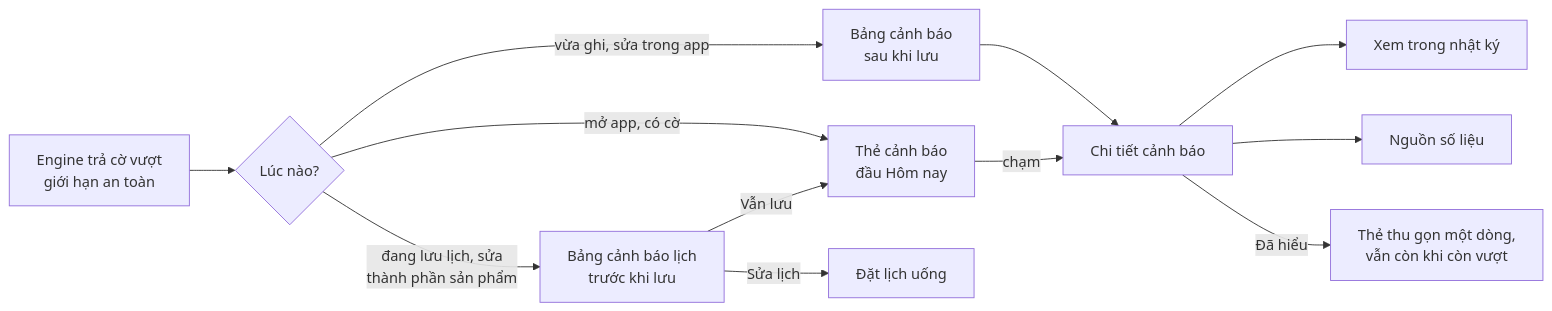
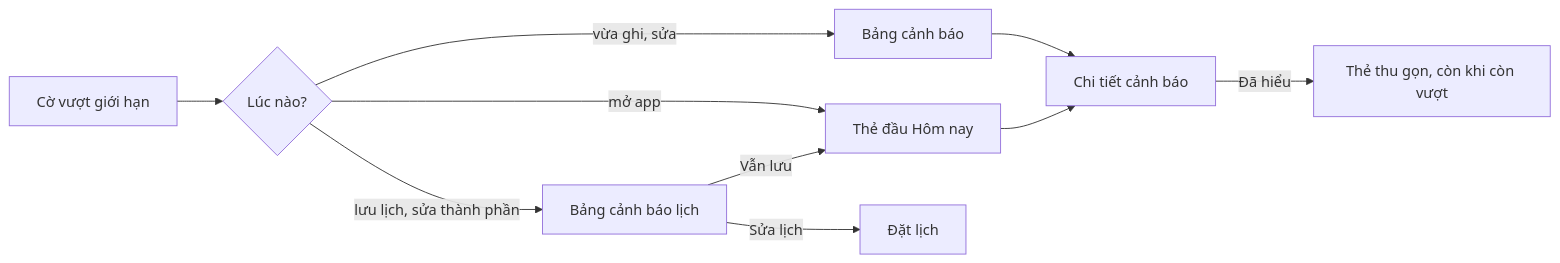
The fifth of 5 diagrams in docs/design/mvp-overview.md (anhdt9/wholewell-app), drawn with Mermaid before and after one commit. The commit also changed other lines of this file and 2 other files, not shown here.

First line of the commit message:
Tinh gọn plan, thiết kế tổng thể, status; bỏ trùng lặp giữa các tệp

````diff
--- a/docs/design/mvp-overview.md
+++ b/docs/design/mvp-overview.md
@@ -169,14 +132,12 @@
 ```mermaid
 flowchart LR
-  E[Engine trả cờ vượt<br/>giới hạn an toàn] --> A{Lúc nào?}
-  A -->|vừa ghi, sửa trong app| S[Bảng cảnh báo<br/>sau khi lưu]
-  A -->|đang lưu lịch, sửa<br/>thành phần sản phẩm| SL[Bảng cảnh báo lịch<br/>trước khi lưu]
-  A -->|mở app, có cờ| C[Thẻ cảnh báo<br/>đầu Hôm nay]
-  SL -->|Sửa lịch| DL[Đặt lịch uống]
+  E[Cờ vượt giới hạn] --> A{Lúc nào?}
+  A -->|vừa ghi, sửa| S[Bảng cảnh báo]
+  A -->|lưu lịch, sửa thành phần| SL[Bảng cảnh báo lịch]
+  A -->|mở app| C[Thẻ đầu Hôm nay]
+  SL -->|Sửa lịch| DL[Đặt lịch]
   SL -->|Vẫn lưu| C
   S --> CW[Chi tiết cảnh báo]
-  C -->|chạm| CW
-  CW --> L[Xem trong nhật ký]
-  CW --> NS[Nguồn số liệu]
-  CW -->|Đã hiểu| C2[Thẻ thu gọn một dòng,<br/>vẫn còn khi còn vượt]
+  C --> CW
+  CW -->|Đã hiểu| C2[Thẻ thu gọn, còn khi còn vượt]
 ```
````
